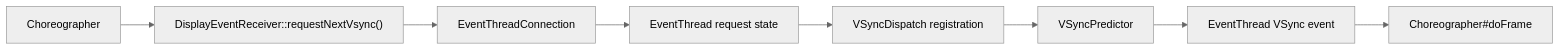
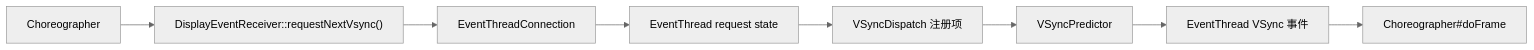
Before and after one commit to Gracker/android-internals-wiki: the second of 4 diagrams in src/part1-fundamentals/ch02-rendering/23-vsync-scheduler-displayframerate.md, drawn with Mermaid (neutral theme). The commit also changed other lines of this file and 4 other files, not shown here.

````diff
--- a/src/part1-fundamentals/ch02-rendering/23-vsync-scheduler-displayframerate.md
+++ b/src/part1-fundamentals/ch02-rendering/23-vsync-scheduler-displayframerate.md
@@ -255,10 +255,10 @@
 ```mermaid
 flowchart LR
     CH["Choreographer"] --> DER["DisplayEventReceiver::requestNextVsync()"]
     DER --> CONN["EventThreadConnection"]
     CONN --> ET["EventThread request state"]
-    ET --> VD["VSyncDispatch registration"]
+    ET --> VD["VSyncDispatch 注册项"]
     VD --> VP["VSyncPredictor"]
-    VP --> ET2["EventThread VSync event"]
+    VP --> ET2["EventThread VSync 事件"]
     ET2 --> CH2["Choreographer#doFrame"]
 ```
````
